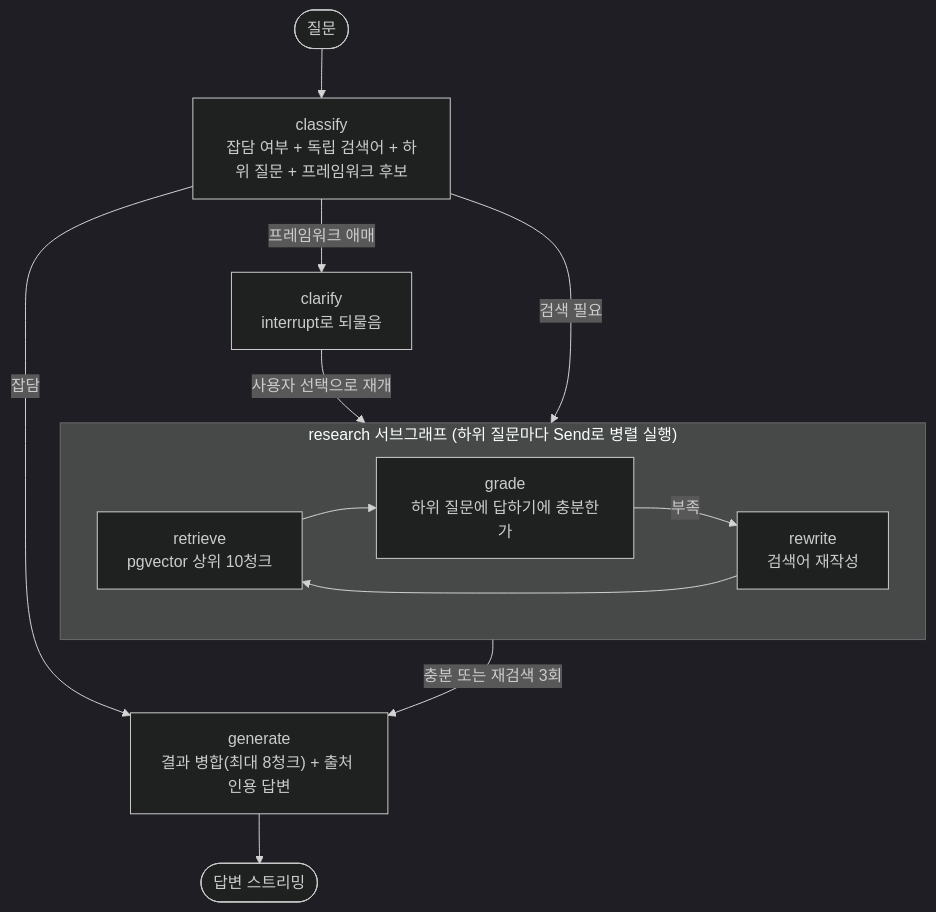
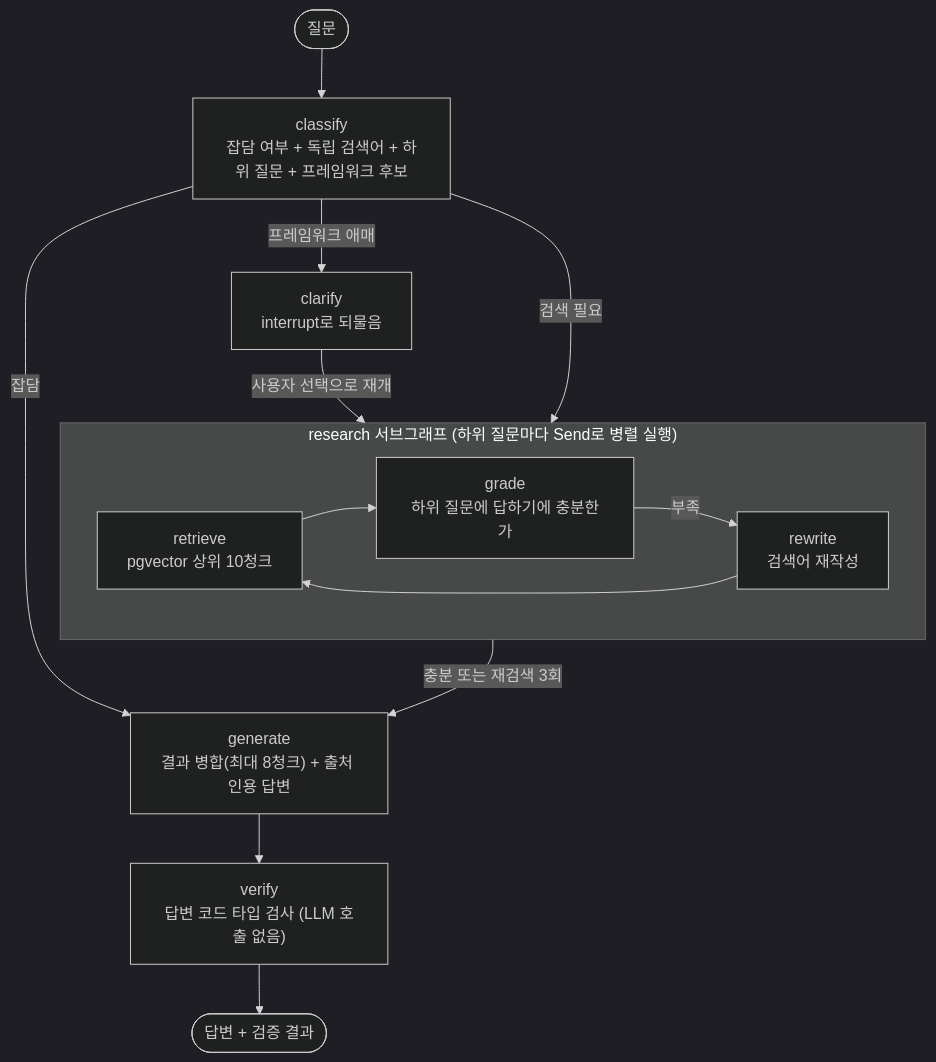
One commit to Padack2/pgvector-docs-chat changed the second of 2 diagrams in README.md. Above: the diagram before and after it, drawn with Mermaid (dark theme). The commit also changed other lines of this file and 2 other files, not shown here.

````diff
--- a/README.md
+++ b/README.md
@@ -37,15 +38,16 @@
 ```mermaid
 flowchart TD
   START([질문]) --> classify["classify<br/>잡담 여부 + 독립 검색어 + 하위 질문 + 프레임워크 후보"]
   classify -->|잡담| generate
   classify -->|프레임워크 애매| clarify["clarify<br/>interrupt로 되물음"]
   clarify -->|사용자 선택으로 재개| research
   classify -->|검색 필요| research
   subgraph research ["research 서브그래프 (하위 질문마다 Send로 병렬 실행)"]
     retrieve["retrieve<br/>pgvector 상위 10청크"] --> grade["grade<br/>하위 질문에 답하기에 충분한가"]
     grade -->|부족| rewrite["rewrite<br/>검색어 재작성"]
     rewrite --> retrieve
   end
   research -->|충분 또는 재검색 3회| generate["generate<br/>결과 병합(최대 8청크) + 출처 인용 답변"]
-  generate --> END([답변 스트리밍])
+  generate --> verify["verify<br/>답변 코드 타입 검사 (LLM 호출 없음)"]
+  verify --> END([답변 + 검증 결과])
 ```
````
